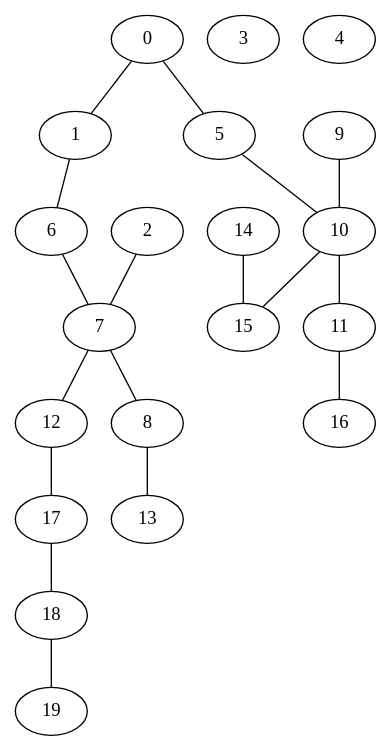
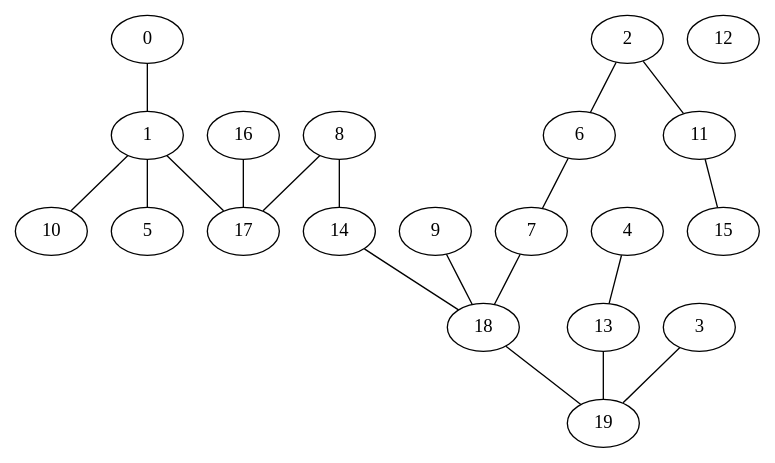
The diagram in partition/mathieu/graph.dot (corentinckf/projetZ1), drawn with Graphviz before and after one commit. The commit also changed 4 other files, not shown here.

```diff
--- a/partition/mathieu/graph.dot
+++ b/partition/mathieu/graph.dot
@@ -1,39 +1,40 @@
 graph { 
 	0--1
-	2--7
-	1--6
-	0--5
-	17--18
+	8--17
+	13--19
+	3--19
+	18--19
+	9--18
+	16--17
 	6--7
-	9--10
-	5--10
-	12--17
-	7--8
-	8--13
-	10--15
-	18--19
-	11--16
-	7--12
-	10--11
-	14--15
+	8--14
+	1--17
+	14--18
+	1--10
+	2--6
+	7--18
+	2--11
+	11--15
+	4--13
+	1--5
 	0
 	1
 	2
 	3
 	4
 	5
 	6
 	7
 	8
 	9
 	10
 	11
 	12
 	13
 	14
 	15
 	16
 	17
 	18
 	19
 } 
```
